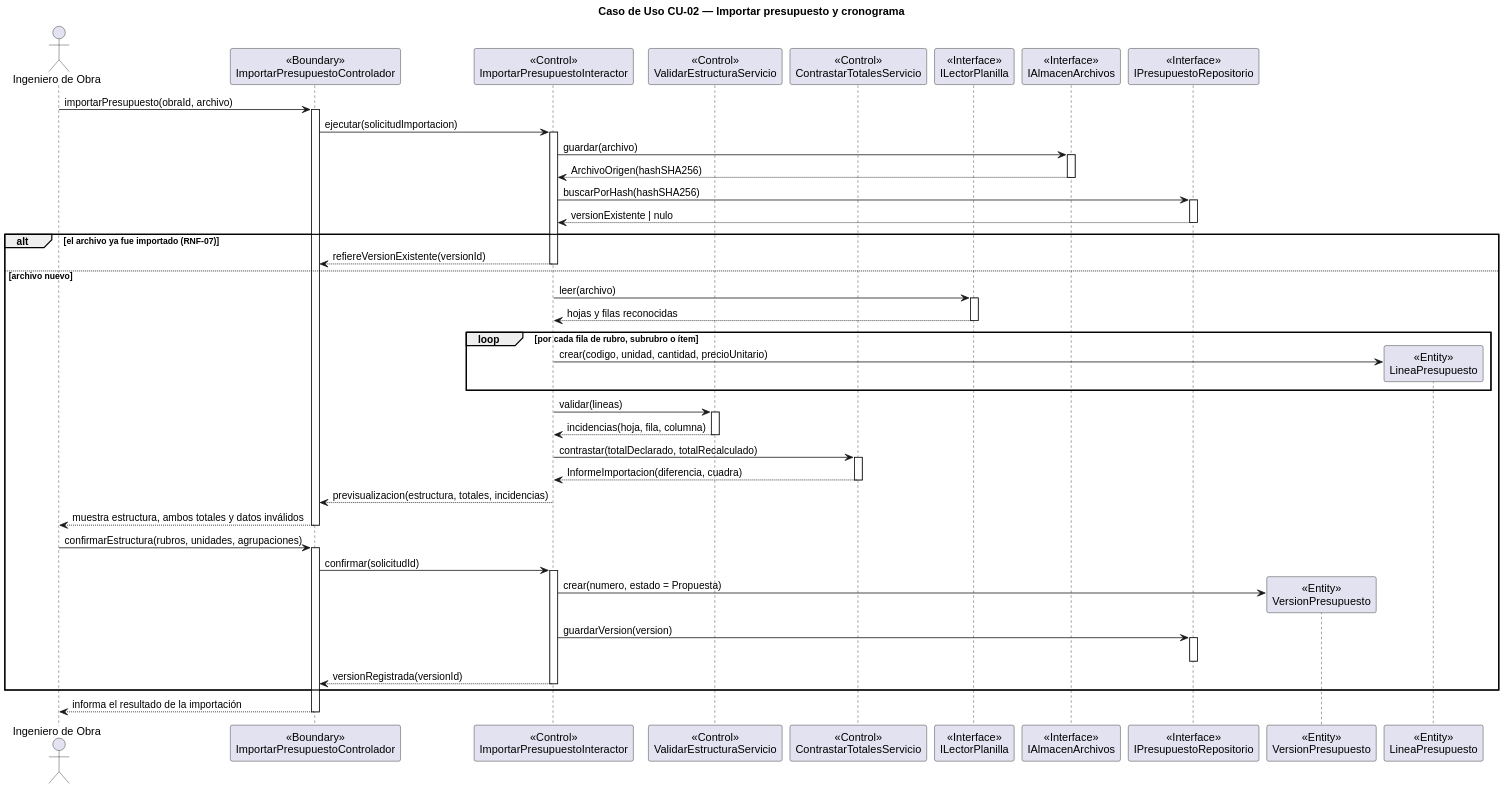
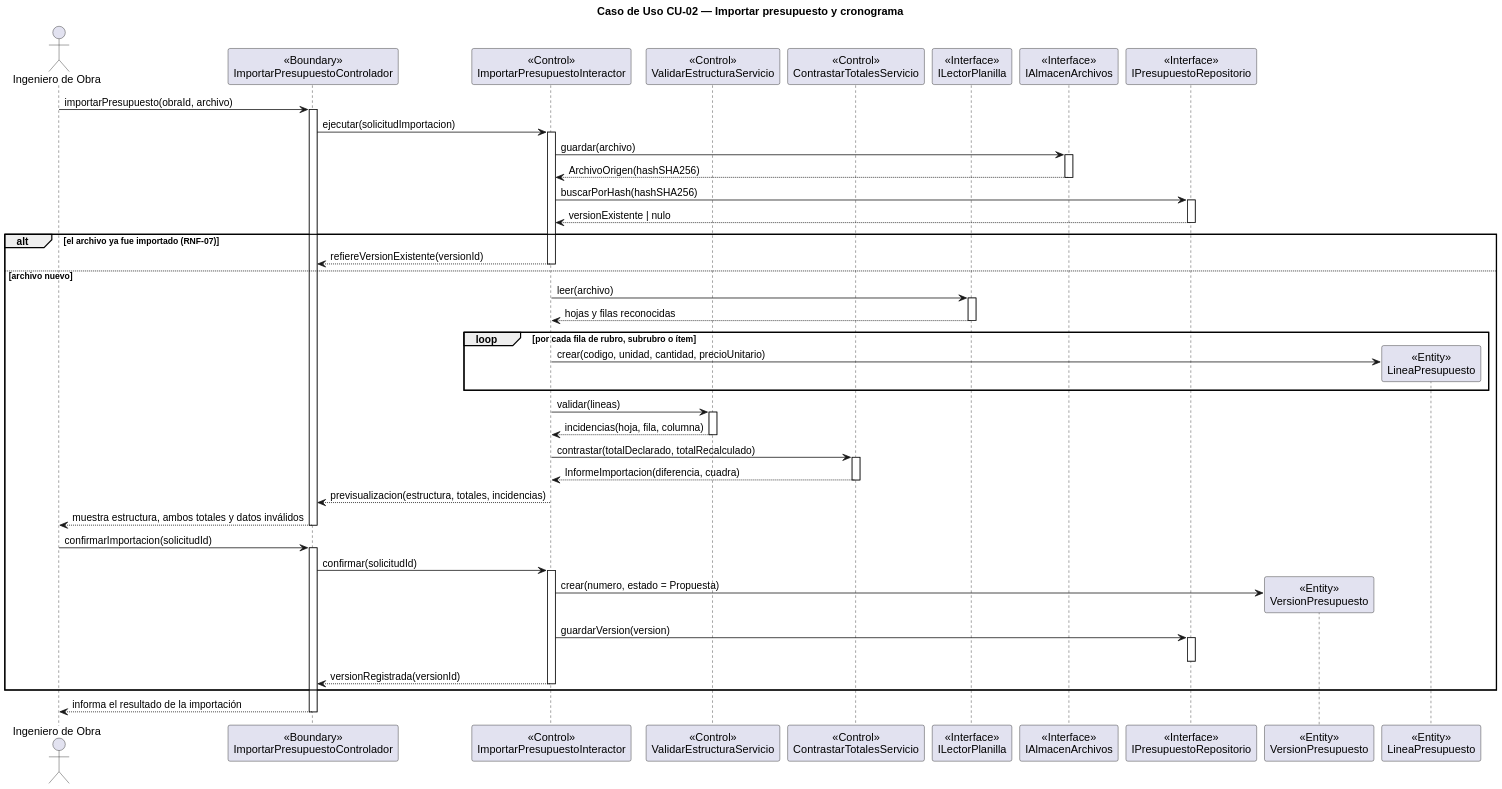
One commit to Ssrrb/TPF-teoria changed the diagram in modelo/uml/06-CU-02-secuencia.puml. Above: the diagram before and after it, drawn with PlantUML. The commit also changed 40 other files, not shown here.

```diff
--- a/modelo/uml/06-CU-02-secuencia.puml
+++ b/modelo/uml/06-CU-02-secuencia.puml
@@ -1,66 +1,66 @@
 @startuml
 skinparam dpi 150
 skinparam shadowing false
 skinparam defaultFontName Liberation Sans
 skinparam sequenceMessageAlign left
 title Caso de Uso CU-02 — Importar presupuesto y cronograma
 
 actor "Ingeniero de Obra" as ING
 participant "<<Boundary>>\nImportarPresupuestoControlador" as CTRL
 participant "<<Control>>\nImportarPresupuestoInteractor" as UC
 participant "<<Control>>\nValidarEstructuraServicio" as VAL
 participant "<<Control>>\nContrastarTotalesServicio" as TOT
 participant "<<Interface>>\nILectorPlanilla" as LEC
 participant "<<Interface>>\nIAlmacenArchivos" as ALM
 participant "<<Interface>>\nIPresupuestoRepositorio" as REP
 participant "<<Entity>>\nVersionPresupuesto" as VER
 participant "<<Entity>>\nLineaPresupuesto" as LIN
 
 ING -> CTRL : importarPresupuesto(obraId, archivo)
 activate CTRL
 CTRL -> UC : ejecutar(solicitudImportacion)
 activate UC
 UC -> ALM : guardar(archivo)
 activate ALM
 ALM --> UC : ArchivoOrigen(hashSHA256)
 deactivate ALM
 UC -> REP : buscarPorHash(hashSHA256)
 activate REP
 REP --> UC : versionExistente | nulo
 deactivate REP
 alt el archivo ya fue importado (RNF-07)
   UC --> CTRL : refiereVersionExistente(versionId)
   deactivate UC
 else archivo nuevo
   UC -> LEC : leer(archivo)
   activate LEC
   LEC --> UC : hojas y filas reconocidas
   deactivate LEC
   loop por cada fila de rubro, subrubro o ítem
     UC -> LIN ** : crear(codigo, unidad, cantidad, precioUnitario)
   end
   UC -> VAL : validar(lineas)
   activate VAL
   VAL --> UC : incidencias(hoja, fila, columna)
   deactivate VAL
   UC -> TOT : contrastar(totalDeclarado, totalRecalculado)
   activate TOT
   TOT --> UC : InformeImportacion(diferencia, cuadra)
   deactivate TOT
   UC --> CTRL : previsualizacion(estructura, totales, incidencias)
   CTRL --> ING : muestra estructura, ambos totales y datos inválidos
   deactivate CTRL
-  ING -> CTRL : confirmarEstructura(rubros, unidades, agrupaciones)
+  ING -> CTRL : confirmarImportacion(solicitudId)
   activate CTRL
   CTRL -> UC : confirmar(solicitudId)
   activate UC
   UC -> VER ** : crear(numero, estado = Propuesta)
   UC -> REP : guardarVersion(version)
   activate REP
   deactivate REP
   UC --> CTRL : versionRegistrada(versionId)
   deactivate UC
 end
 CTRL --> ING : informa el resultado de la importación
 deactivate CTRL
 @enduml
```
